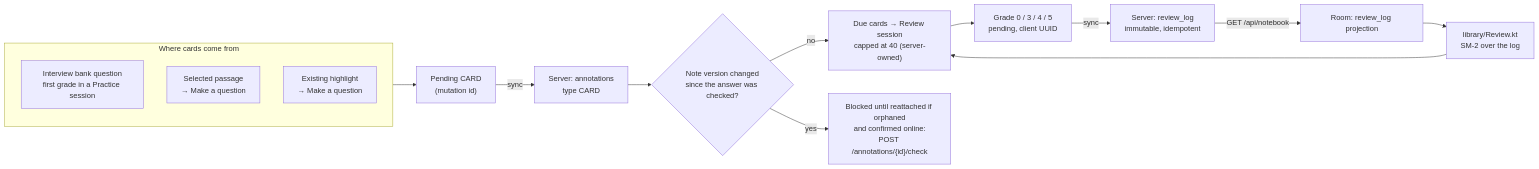
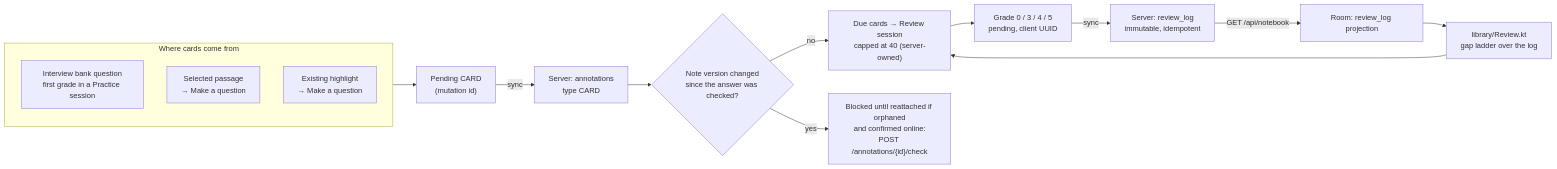
One commit to jaxwong/reporead changed diagram 11 of 12 in docs/architecture.md. Above: the diagram before and after it, drawn with Mermaid. The commit also changed other lines of this file and 10 other files, not shown here.

First line of the commit message:
Schedule reviews on a fixed gap ladder and show what falls due when

````diff
--- a/docs/architecture.md
+++ b/docs/architecture.md
@@ -499,24 +499,24 @@
 ```mermaid
 flowchart LR
     subgraph Sources["Where cards come from"]
         Bank["Interview bank question<br/>first grade in a Practice session"]
         Sel["Selected passage<br/>→ Make a question"]
         HL["Existing highlight<br/>→ Make a question"]
     end
 
     Card["Pending CARD<br/>(mutation id)"]
     Sources --> Card
     Card -- "sync" --> SrvCard["Server: annotations<br/>type CARD"]
 
     Grade["Grade 0 / 3 / 4 / 5<br/>pending, client UUID"]
     Grade -- "sync" --> Log["Server: review_log<br/>immutable, idempotent"]
     Log -- "GET /api/notebook" --> Proj["Room: review_log projection"]
-    Proj --> SM2["library/Review.kt<br/>SM-2 over the log"]
-    SM2 --> Due["Due cards → Review session<br/>capped at 40 (server-owned)"]
+    Proj --> Ladder["library/Review.kt<br/>gap ladder over the log"]
+    Ladder --> Due["Due cards → Review session<br/>capped at 40 (server-owned)"]
     Due --> Grade
 
     Changed{"Note version changed<br/>since the answer was checked?"}
     SrvCard --> Changed
     Changed -- "yes" --> Check["Blocked until reattached if orphaned<br/>and confirmed online:<br/>POST /annotations/{id}/check"]
     Changed -- "no" --> Due
 ```
````
